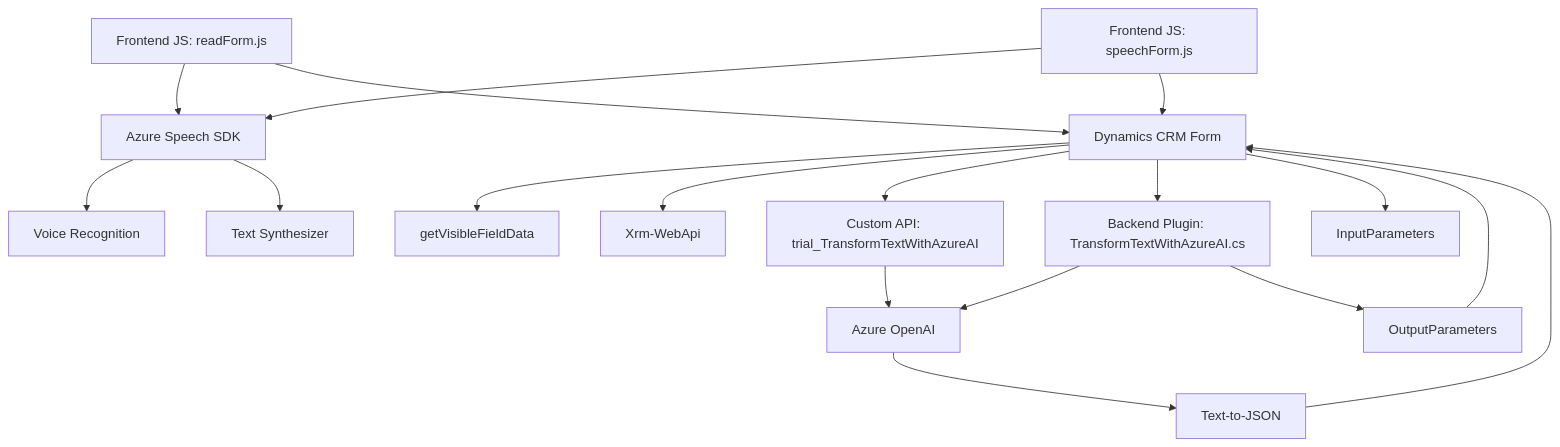
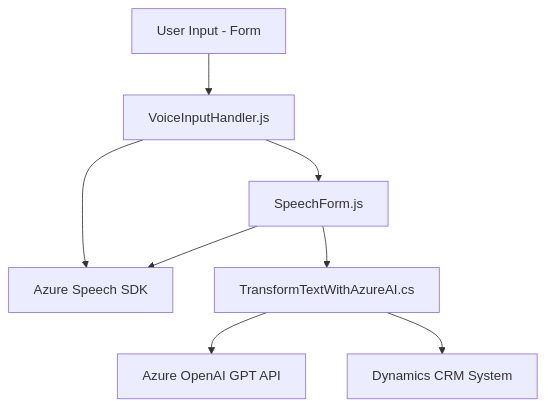
The diagram in README.md (blopezdm/NETCORE_BILBAO2025), drawn with Mermaid before and after one commit. The commit also changed other lines of this file, not shown here.

````diff
--- a/README.md
+++ b/README.md
@@ -70,22 +30,18 @@
 ```mermaid
 graph TD
-    A["Frontend JS: readForm.js"] --> B["Azure Speech SDK"]
-    A --> C["Dynamics CRM Form"]
-    B --> D["Voice Recognition"]
-    B --> E["Text Synthesizer"]
-    C --> F["getVisibleFieldData"]
-    C --> G["Xrm-WebApi"]
+  A["User Input - Form"]
+  B["VoiceInputHandler.js"]
+  C["SpeechForm.js"]
+  D["Azure Speech SDK"]
+  E["TransformTextWithAzureAI.cs"]
+  F["Azure OpenAI GPT API"]
+  G["Dynamics CRM System"]
 
-    H["Frontend JS: speechForm.js"] --> B
-    H --> C
-    C --> I["Custom API: trial_TransformTextWithAzureAI"]
-    I --> J["Azure OpenAI"]
-    J --> K["Text-to-JSON"]
-    K --> C
-
-    C --> L["Backend Plugin: TransformTextWithAzureAI.cs"]
-    C --> M["InputParameters"]
-    L --> J
-    L --> N["OutputParameters"]
-    N --> C
+  A --> B
+  B --> D
+  B --> C
+  C --> D
+  C --> E
+  E --> F
+  E --> G
 ```
````
